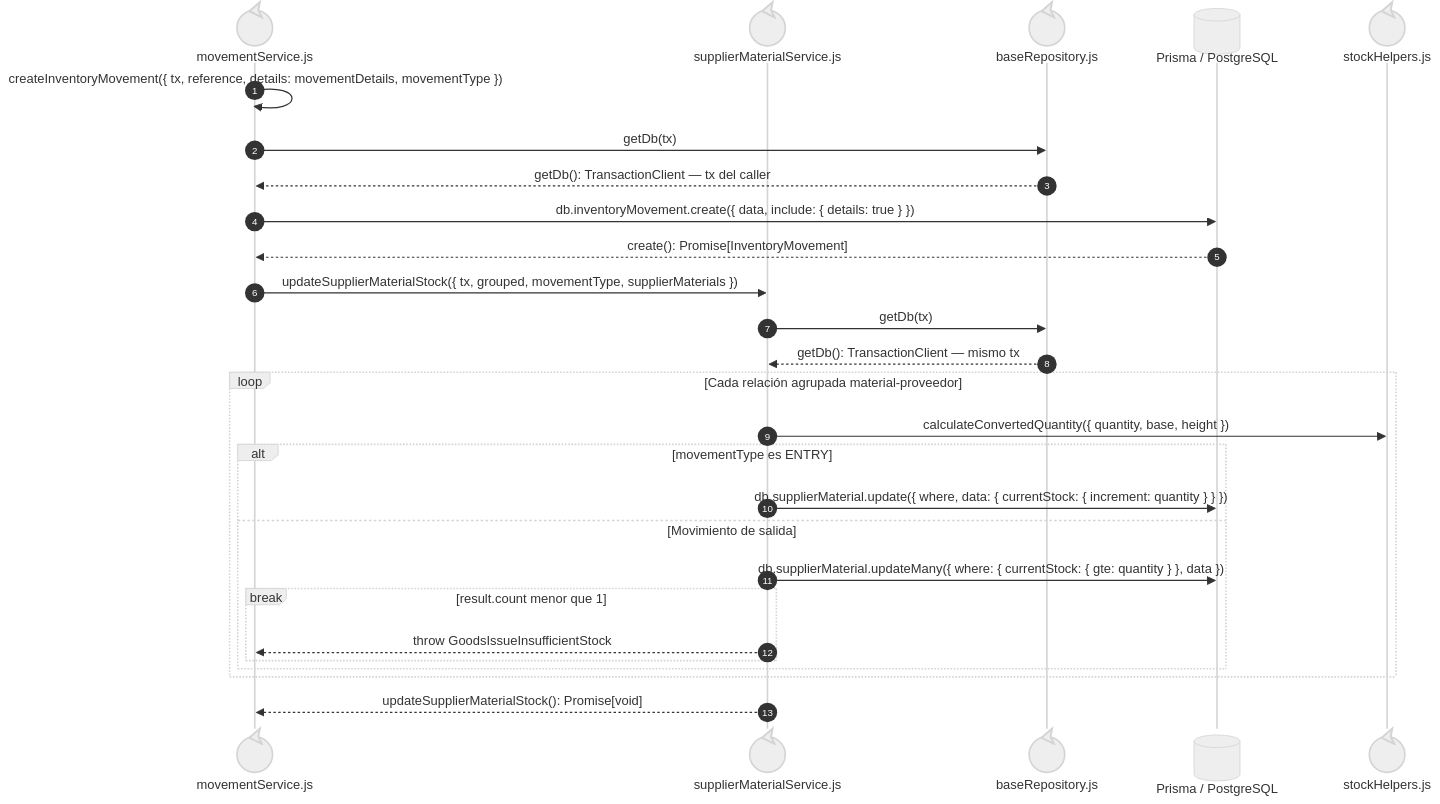
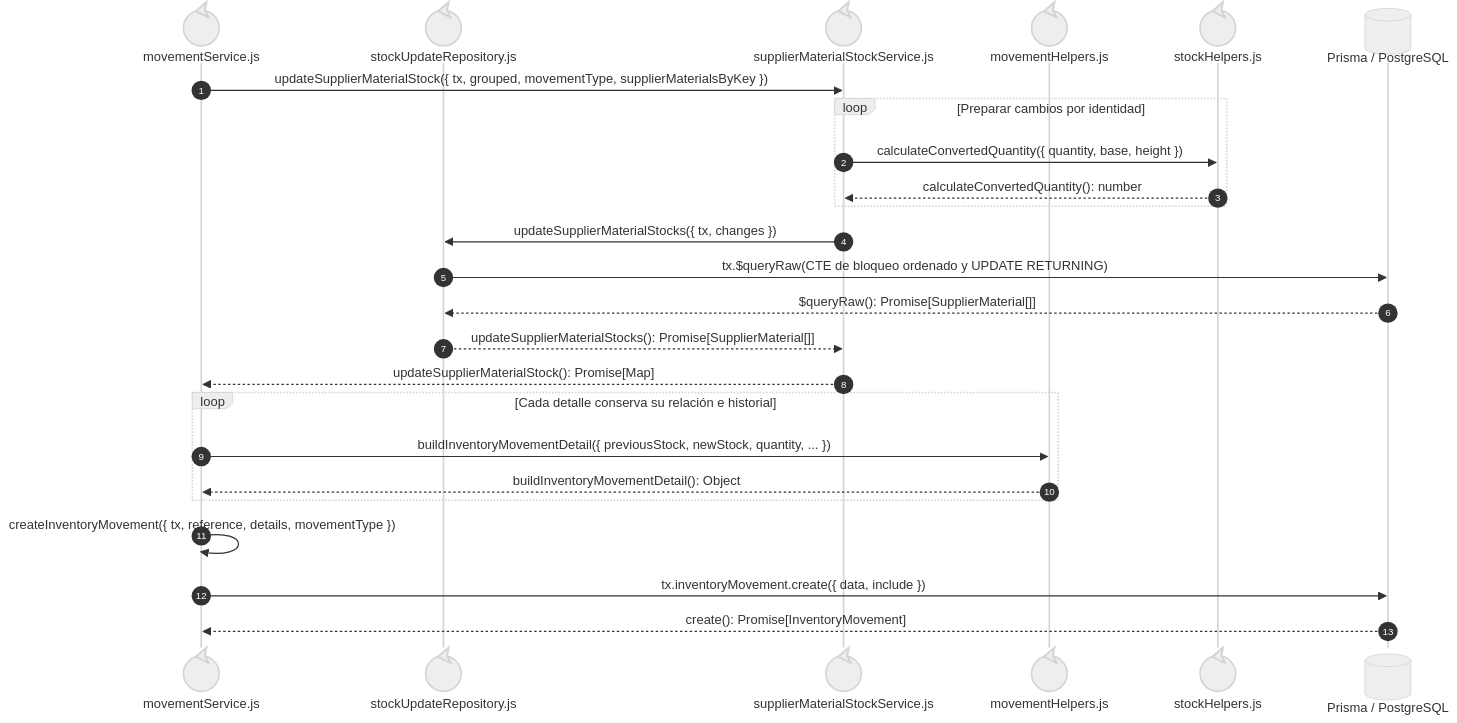
One commit to gpgsistemas01/nexus changed the sixth of 6 diagrams in docs/architecture/views/processes/backend-code-sequences/issues/cu-sal-20.md. Above: the diagram before and after it, drawn with Mermaid (neutral theme). The commit also changed other lines of this file and 122 other files, not shown here.

````diff
--- a/docs/architecture/views/processes/backend-code-sequences/issues/cu-sal-20.md
+++ b/docs/architecture/views/processes/backend-code-sequences/issues/cu-sal-20.md
@@ -250,30 +230,27 @@
 ```mermaid
 sequenceDiagram
     autonumber
     participant Inventory@{ "type": "control" } as movementService.js
-    participant SupplierMaterial@{ "type": "control" } as supplierMaterialService.js
-    participant FileBaseRepository@{ "type": "control" } as baseRepository.js
+    participant StockUpdateRepo@{ "type": "control" } as stockUpdateRepository.js
+    participant StockBalance@{ "type": "control" } as supplierMaterialStockService.js
+    participant MovementHelpers@{ "type": "control" } as movementHelpers.js
+    participant StockChecks@{ "type": "control" } as stockHelpers.js
     participant Prisma@{ "type": "database" } as Prisma / PostgreSQL
-    participant StockChecks@{ "type": "control" } as stockHelpers.js
-
-    Inventory->>Inventory: createInventoryMovement({ tx, reference, details: movementDetails, movementType })
-    Inventory->>FileBaseRepository: getDb(tx)
-    FileBaseRepository-->>Inventory: getDb(): TransactionClient — tx del caller
-    Inventory->>Prisma: db.inventoryMovement.create({ data, include: { details: true } })
+    Inventory->>StockBalance: updateSupplierMaterialStock({ tx, grouped, movementType, supplierMaterialsByKey })
+    loop Preparar cambios por identidad
+        StockBalance->>StockChecks: calculateConvertedQuantity({ quantity, base, height })
+        StockChecks-->>StockBalance: calculateConvertedQuantity(): number
+    end
+    StockBalance->>StockUpdateRepo: updateSupplierMaterialStocks({ tx, changes })
+    StockUpdateRepo->>Prisma: tx.$queryRaw(CTE de bloqueo ordenado y UPDATE RETURNING)
+    Prisma-->>StockUpdateRepo: $queryRaw(): Promise[SupplierMaterial[]]
+    StockUpdateRepo-->>StockBalance: updateSupplierMaterialStocks(): Promise[SupplierMaterial[]]
+    StockBalance-->>Inventory: updateSupplierMaterialStock(): Promise[Map]
+    loop Cada detalle conserva su relación e historial
+        Inventory->>MovementHelpers: buildInventoryMovementDetail({ previousStock, newStock, quantity, ... })
+        MovementHelpers-->>Inventory: buildInventoryMovementDetail(): Object
+    end
+    Inventory->>Inventory: createInventoryMovement({ tx, reference, details, movementType })
+    Inventory->>Prisma: tx.inventoryMovement.create({ data, include })
     Prisma-->>Inventory: create(): Promise[InventoryMovement]
-    Inventory->>SupplierMaterial: updateSupplierMaterialStock({ tx, grouped, movementType, supplierMaterials })
-    SupplierMaterial->>FileBaseRepository: getDb(tx)
-    FileBaseRepository-->>SupplierMaterial: getDb(): TransactionClient — mismo tx
-    loop Cada relación agrupada material-proveedor
-        SupplierMaterial->>StockChecks: calculateConvertedQuantity({ quantity, base, height })
-        alt movementType es ENTRY
-            SupplierMaterial->>Prisma: db.supplierMaterial.update({ where, data: { currentStock: { increment: quantity } } })
-        else Movimiento de salida
-            SupplierMaterial->>Prisma: db.supplierMaterial.updateMany({ where: { currentStock: { gte: quantity } }, data })
-            break result.count menor que 1
-                SupplierMaterial-->>Inventory: throw GoodsIssueInsufficientStock
-            end
-        end
-    end
-    SupplierMaterial-->>Inventory: updateSupplierMaterialStock(): Promise[void]
 ```
````
